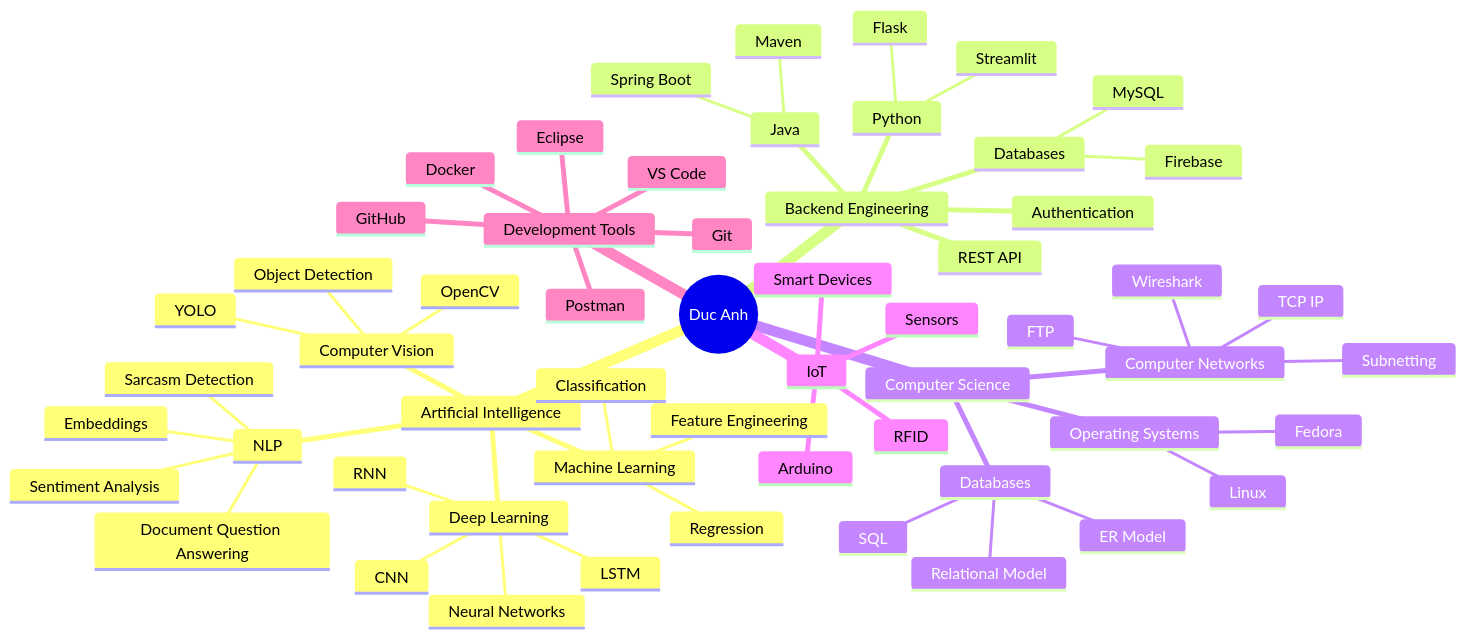
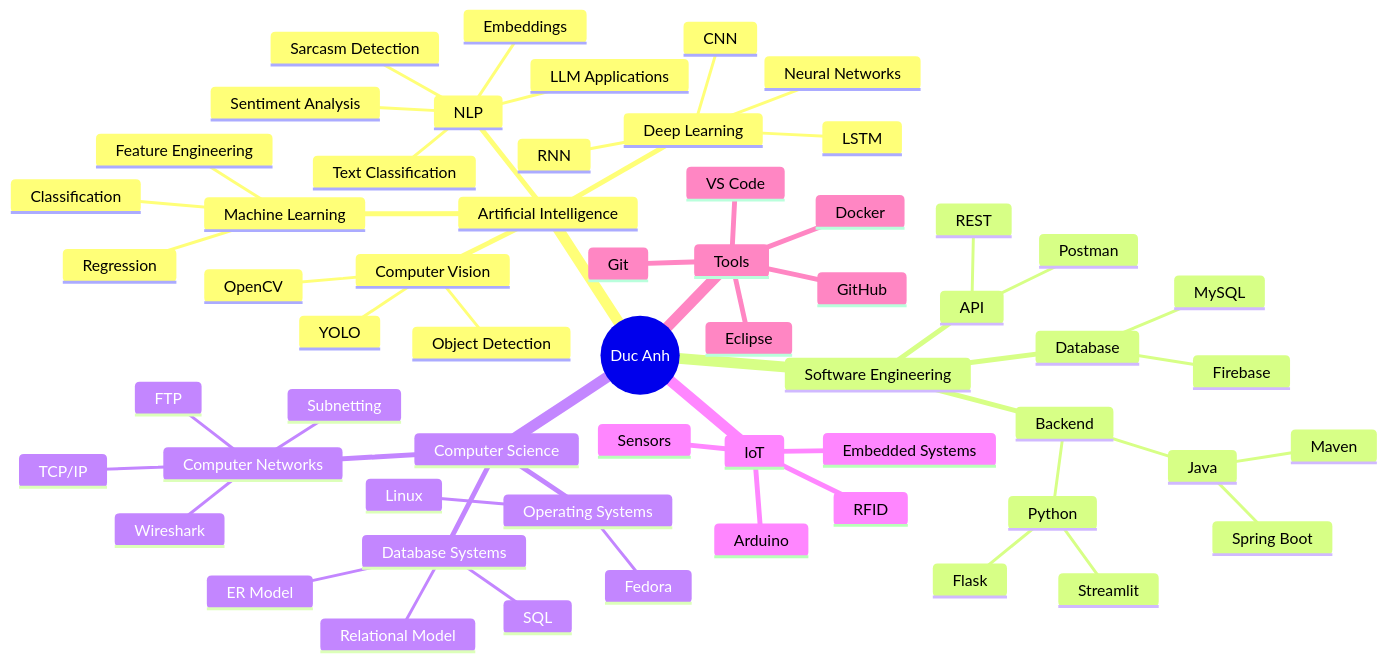
The diagram in README.md (Ducanhngo/ducanhngo), drawn with Mermaid before and after one commit. The commit also changed other lines of this file, not shown here.

````diff
--- a/README.md
+++ b/README.md
@@ -287,64 +257,79 @@
 ```mermaid
 mindmap
   root((Duc Anh))
+
     Artificial Intelligence
+
       Machine Learning
         Classification
         Regression
         Feature Engineering
+
       Deep Learning
         Neural Networks
         CNN
         RNN
         LSTM
+
       Computer Vision
         YOLO
         Object Detection
         OpenCV
+
       NLP
+        Text Classification
         Sentiment Analysis
         Sarcasm Detection
-        Document Question Answering
         Embeddings
+        LLM Applications
 
-    Backend Engineering
-      Java
-        Spring Boot
-        Maven
-      Python
-        Flask
-        Streamlit
-      REST API
-      Authentication
-      Databases
+    Software Engineering
+
+      Backend
+        Java
+          Spring Boot
+          Maven
+        Python
+          Flask
+          Streamlit
+
+      API
+        REST
+        Postman
+
+      Database
         MySQL
         Firebase
 
     Computer Science
-      Databases
+
+      Database Systems
         ER Model
         Relational Model
         SQL
+
       Computer Networks
-        TCP IP
+        TCP/IP
         Subnetting
         FTP
         Wireshark
+
       Operating Systems
         Linux
         Fedora
 
     IoT
+
       Arduino
       RFID
       Sensors
-      Smart Devices
+      Embedded Systems
 
-    Development Tools
+    Tools
+
       Git
       GitHub
       Docker
-      Postman
       VS Code
       Eclipse
 ```
````
